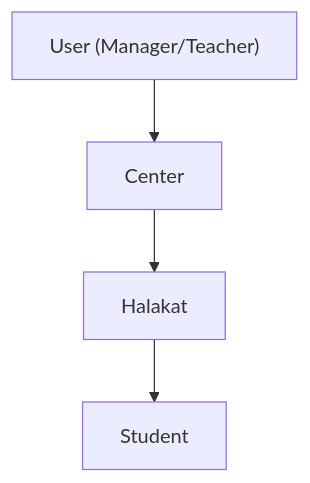
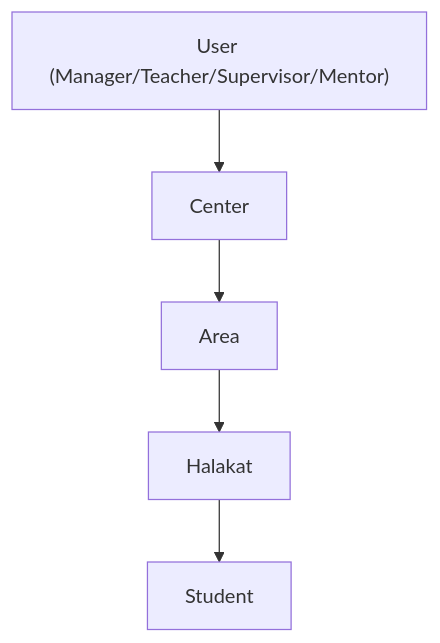
The fourth of 8 diagrams in .qoder/repowiki/en/content/Feature Modules/Teaching Group Management.md (Mreng78/khirocom_project), drawn with Mermaid before and after one commit. The commit also changed other lines of this file and 10 other files, not shown here.

````diff
--- a/.qoder/repowiki/en/content/Feature Modules/Teaching Group Management.md
+++ b/.qoder/repowiki/en/content/Feature Modules/Teaching Group Management.md
@@ -247,10 +309,12 @@
 ```mermaid
 graph TB
-U["User (Manager/Teacher)"]
+U["User (Manager/Teacher/Supervisor/Mentor)"]
 C["Center"]
+A["Area"]
 H["Halakat"]
 S["Student"]
 U --> C
-C --> H
+C --> A
+A --> H
 H --> S
 ```
````
